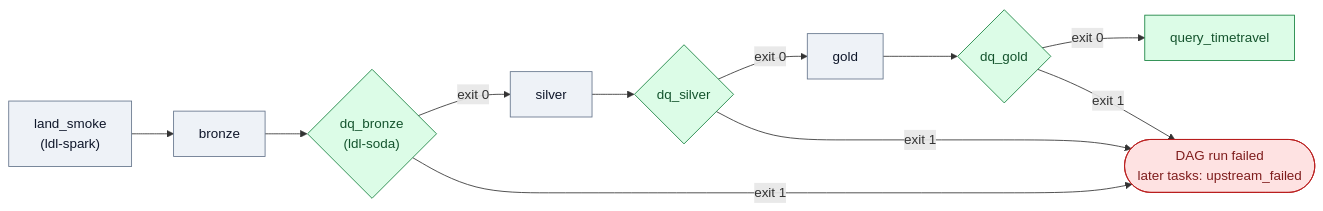
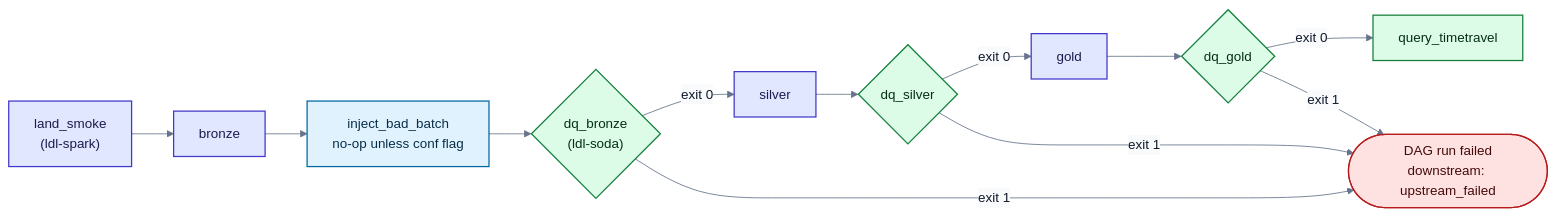
The sixth of 9 diagrams in docs/architecture.md (santoshshinde2012/lakehouse-quality-gates), drawn with Mermaid before and after one commit. The commit also changed other lines of this file and 20 other files, not shown here.

Commit message:
docs: overhaul README and architecture diagrams

````diff
--- a/docs/architecture.md
+++ b/docs/architecture.md
@@ -158,21 +242,23 @@
 ```mermaid
+%%{init: {"theme": "base", "themeVariables": {"fontFamily": "Inter, Segoe UI, Helvetica, Arial, sans-serif", "lineColor": "#64748b", "primaryTextColor": "#0f172a", "primaryColor": "#e0e7ff", "primaryBorderColor": "#4338ca", "secondaryColor": "#dcfce7", "tertiaryColor": "#f8fafc", "edgeLabelBackground": "#f8fafc", "actorBkg": "#e0e7ff", "actorBorder": "#4338ca", "noteBkgColor": "#fef3c7", "noteBorderColor": "#b45309", "signalColor": "#334155", "signalTextColor": "#0f172a"}}}%%
 flowchart LR
   ST["land_smoke<br/>(ldl-spark)"]:::ext
   BR["bronze"]:::ext
+  IN["inject_bad_batch<br/>no-op unless conf flag"]:::dq
   DB{"dq_bronze<br/>(ldl-soda)"}:::gate
   SI["silver"]:::ext
   DS{"dq_silver"}:::gate
   GO["gold"]:::ext
   DG{"dq_gold"}:::gate
   EN["query_timetravel"]:::gate
-  FX(["DAG run failed<br/>later tasks: upstream_failed"]):::fail
-  ST --> BR --> DB -->|exit 0| SI --> DS -->|exit 0| GO --> DG -->|exit 0| EN
+  FX(["DAG run failed<br/>downstream: upstream_failed"]):::fail
+  ST --> BR --> IN --> DB -->|exit 0| SI --> DS -->|exit 0| GO --> DG -->|exit 0| EN
   DB -->|exit 1| FX
   DS -->|exit 1| FX
   DG -->|exit 1| FX
-  classDef ext fill:#eef2f7,stroke:#64748b,color:#0f172a
-  classDef dq fill:#e0f2fe,stroke:#0369a1,color:#0c4a6e
-  classDef store fill:#fef9c3,stroke:#a16207,color:#422006
-  classDef gate fill:#dcfce7,stroke:#15803d,color:#14532d
-  classDef fail fill:#fee2e2,stroke:#b91c1c,color:#7f1d1d
+  classDef ext fill:#e0e7ff,stroke:#4338ca,stroke-width:1.5px,color:#1e1b4b
+  classDef dq fill:#e0f2fe,stroke:#0369a1,stroke-width:1.5px,color:#082f49
+  classDef store fill:#ede9fe,stroke:#6d28d9,stroke-width:1.5px,color:#2e1065
+  classDef gate fill:#dcfce7,stroke:#15803d,stroke-width:1.5px,color:#052e16
+  classDef fail fill:#fee2e2,stroke:#b91c1c,stroke-width:1.5px,color:#450a0a
 ```
````
